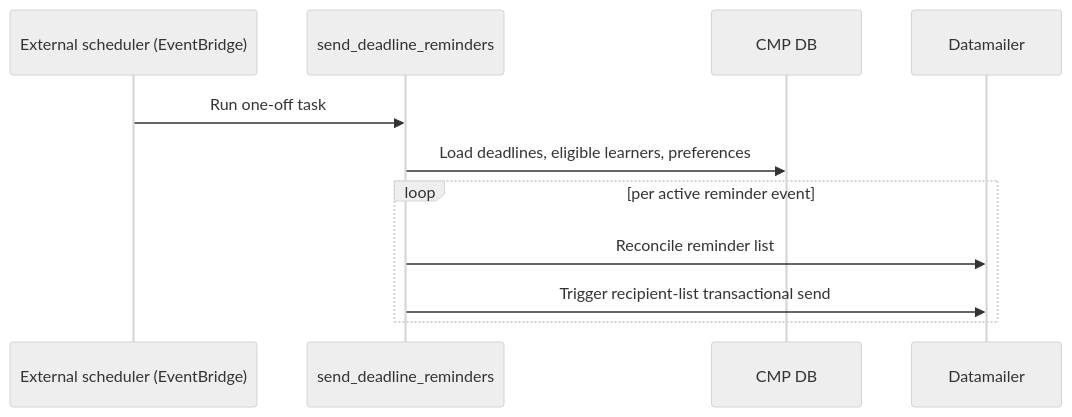
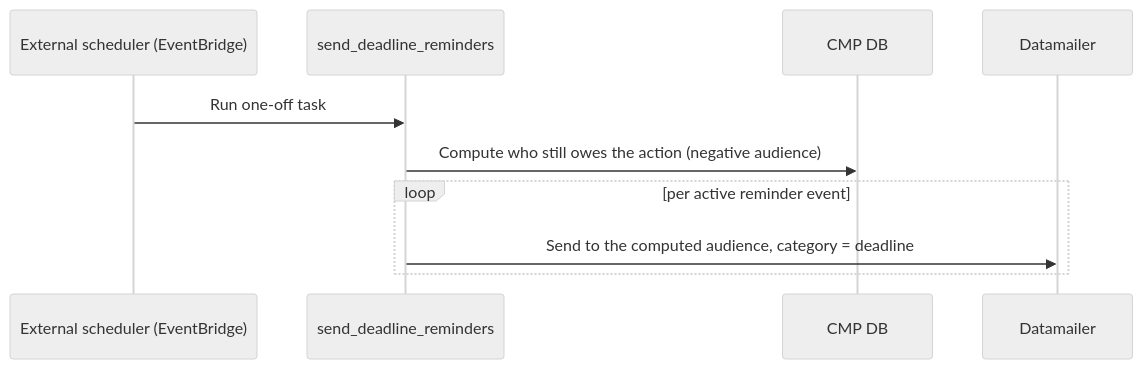
Before and after one commit to DataTalksClub/course-management-platform: diagram 14 of 16 in docs/datamailer-integration.md, drawn with Mermaid (neutral theme). The commit also changed other lines of this file, not shown here.

````diff
--- a/docs/datamailer-integration.md
+++ b/docs/datamailer-integration.md
@@ -493,14 +572,13 @@
 ```mermaid
 sequenceDiagram
     participant Sched as External scheduler (EventBridge)
     participant CMP as send_deadline_reminders
     participant DB as CMP DB
     participant DM as Datamailer
 
     Sched->>CMP: Run one-off task
-    CMP->>DB: Load deadlines, eligible learners, preferences
+    CMP->>DB: Compute who still owes the action (negative audience)
     loop per active reminder event
-        CMP->>DM: Reconcile reminder list
-        CMP->>DM: Trigger recipient-list transactional send
+        CMP->>DM: Send to the computed audience, category = deadline
     end
 ```
````
